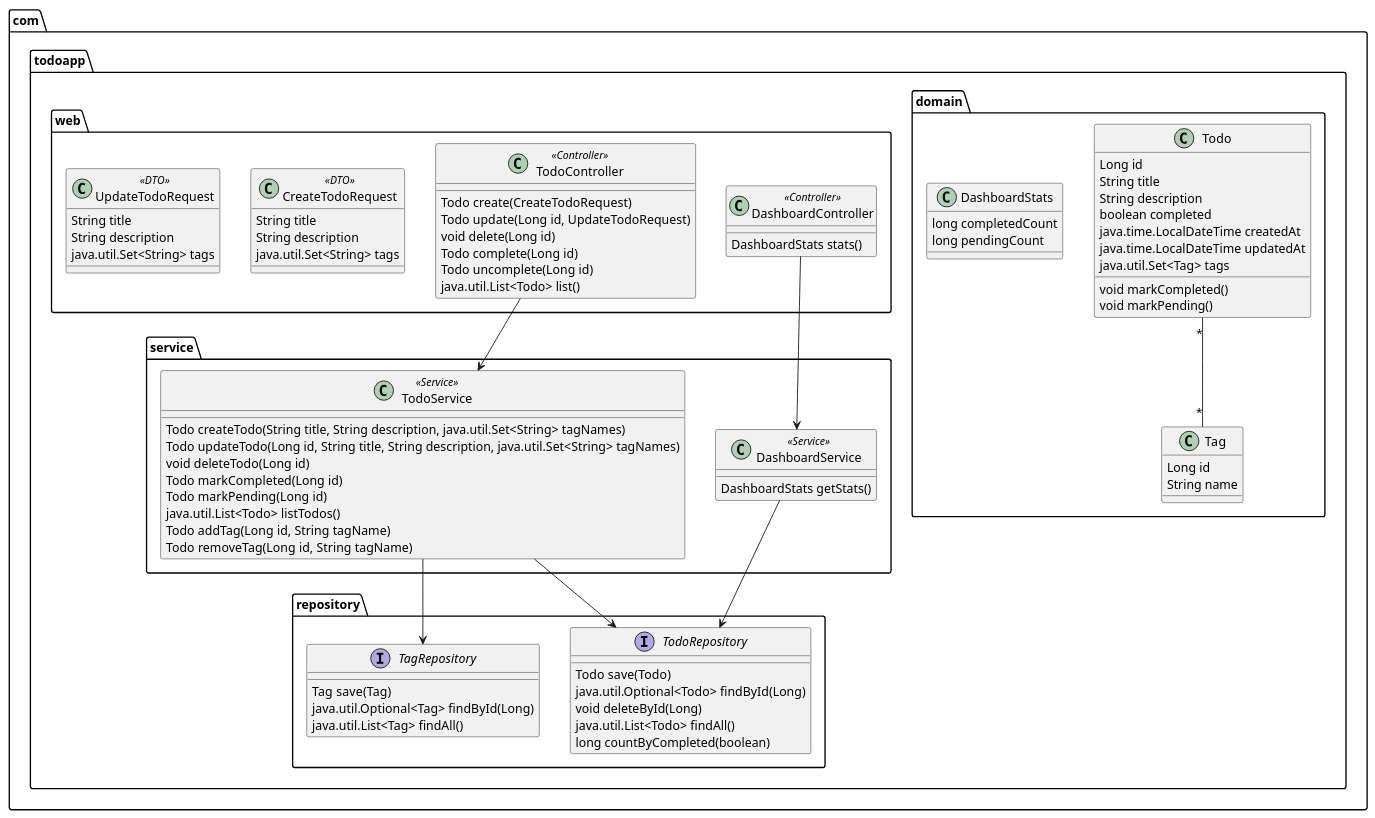
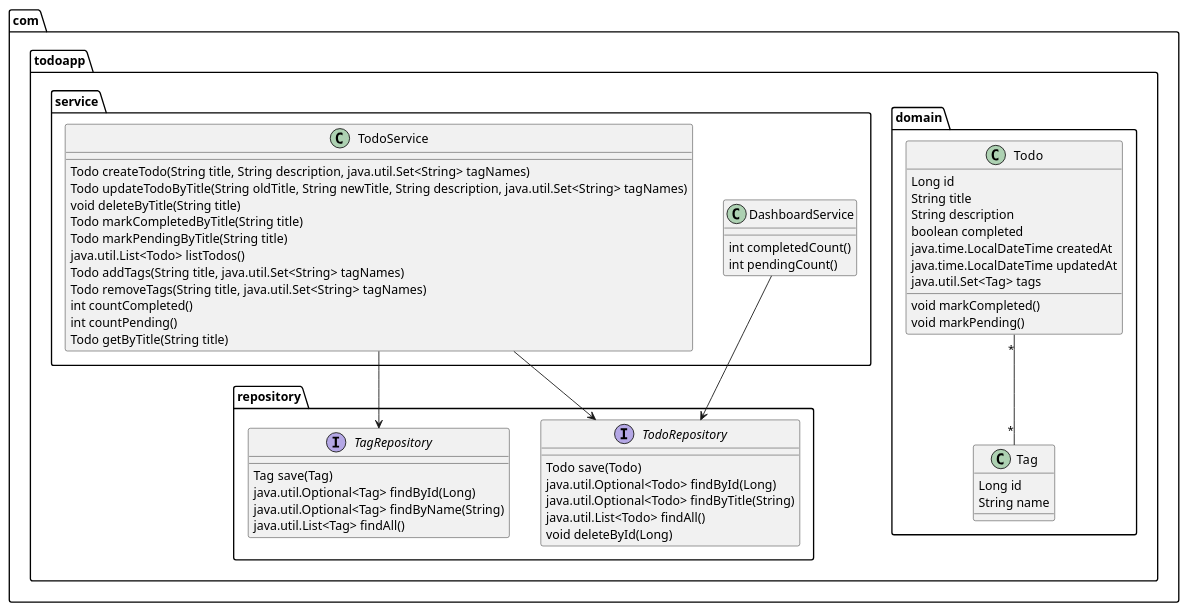
The first of 3 diagrams in todo.puml (ISEP-Projects-JH/Todo), drawn with PlantUML before and after one commit. The commit also changed other lines of this file, not shown here.

Commit message:
refactor(documentation): update puml diagrams to reflect refined domain and services
Synchronize the UML documentation with the latest implementation:
- Removed initial design artifacts and redundant structures.
- Updated Todo and Tag domain models to match Lombok-backed fields and
  lifecycle attributes (createdAt, updatedAt).
- Aligned repository interfaces with the simplified persistence API.
- Updated service diagrams to reflect current interaction flows,
  including refined create, update, tag management, and status transition
  operations.
- Added accurate sequence diagrams for createTodo and markCompleted flows.

These updates are documentation-only and preserve all existing behavior.
The Gherkin-defined functionality remains unchanged.

```diff
--- a/todo.puml
+++ b/todo.puml
@@ -1,93 +1,64 @@
 @startuml
 package "com.todoapp.domain" {
   class Todo {
     Long id
     String title
     String description
     boolean completed
     java.time.LocalDateTime createdAt
     java.time.LocalDateTime updatedAt
     java.util.Set<Tag> tags
     void markCompleted()
     void markPending()
   }
 
   class Tag {
     Long id
     String name
   }
-
-  class DashboardStats {
-    long completedCount
-    long pendingCount
-  }
 }
 
 package "com.todoapp.repository" {
   interface TodoRepository {
     Todo save(Todo)
     java.util.Optional<Todo> findById(Long)
+    java.util.Optional<Todo> findByTitle(String)
+    java.util.List<Todo> findAll()
     void deleteById(Long)
-    java.util.List<Todo> findAll()
-    long countByCompleted(boolean)
   }
 
   interface TagRepository {
     Tag save(Tag)
     java.util.Optional<Tag> findById(Long)
+    java.util.Optional<Tag> findByName(String)
     java.util.List<Tag> findAll()
   }
 }
 
 package "com.todoapp.service" {
-  class TodoService <<Service>> {
+  class TodoService {
     Todo createTodo(String title, String description, java.util.Set<String> tagNames)
-    Todo updateTodo(Long id, String title, String description, java.util.Set<String> tagNames)
-    void deleteTodo(Long id)
-    Todo markCompleted(Long id)
-    Todo markPending(Long id)
+    Todo updateTodoByTitle(String oldTitle, String newTitle, String description, java.util.Set<String> tagNames)
+    void deleteByTitle(String title)
+    Todo markCompletedByTitle(String title)
+    Todo markPendingByTitle(String title)
     java.util.List<Todo> listTodos()
-    Todo addTag(Long id, String tagName)
-    Todo removeTag(Long id, String tagName)
+    Todo addTags(String title, java.util.Set<String> tagNames)
+    Todo removeTags(String title, java.util.Set<String> tagNames)
+    int countCompleted()
+    int countPending()
+    Todo getByTitle(String title)
   }
 
-  class DashboardService <<Service>> {
-    DashboardStats getStats()
+  class DashboardService {
+    int completedCount()
+    int pendingCount()
   }
 }
 
-package "com.todoapp.web" {
-  class TodoController <<Controller>> {
-    Todo create(CreateTodoRequest)
-    Todo update(Long id, UpdateTodoRequest)
-    void delete(Long id)
-    Todo complete(Long id)
-    Todo uncomplete(Long id)
-    java.util.List<Todo> list()
-  }
-
-  class DashboardController <<Controller>> {
-    DashboardStats stats()
-  }
-
-  class CreateTodoRequest <<DTO>> {
-    String title
-    String description
-    java.util.Set<String> tags
-  }
-
-  class UpdateTodoRequest <<DTO>> {
-    String title
-    String description
-    java.util.Set<String> tags
-  }
-}
-
-TodoController --> TodoService
-DashboardController --> DashboardService
 TodoService --> TodoRepository
 TodoService --> TagRepository
 DashboardService --> TodoRepository
 
 Todo "*" -- "*" Tag
 @enduml
```
